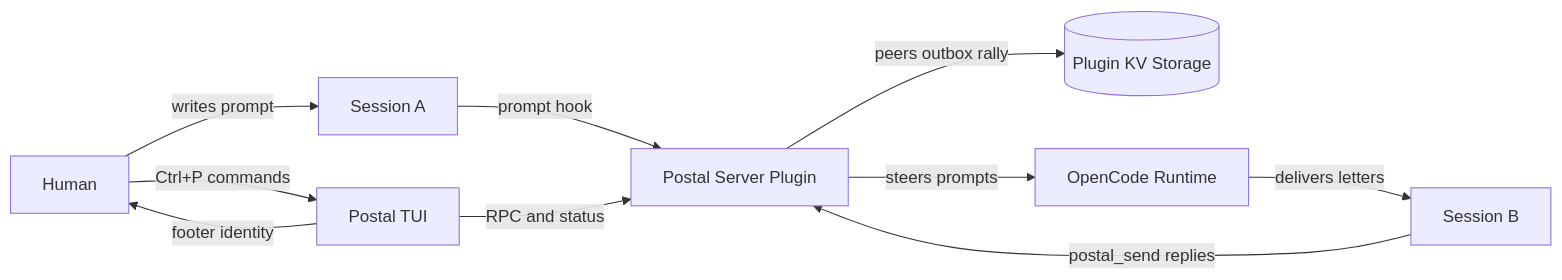
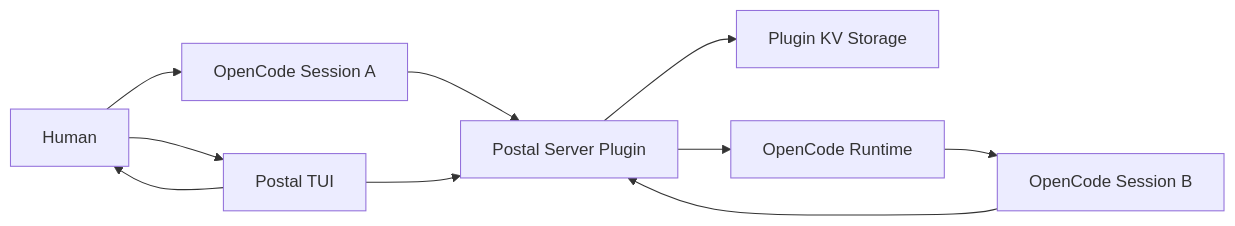
One commit to mizuirorivi/postal changed the diagram in .uigraph/diagrams/postal-system-context/postal-system-context.mmd. Above: the diagram before and after it, drawn with Mermaid. The commit also changed 1 other file, not shown here.

Commit message:
chore(uigraph): sync system context diagram

```diff
--- a/.uigraph/diagrams/postal-system-context/postal-system-context.mmd
+++ b/.uigraph/diagrams/postal-system-context/postal-system-context.mmd
@@ -1,10 +1,17 @@
 flowchart LR
-  human[Human] -->|writes prompt| session_a[Session A]
-  human -->|Ctrl+P commands| postal_tui[Postal TUI]
-  session_a -->|prompt hook| postal_server[Postal Server Plugin]
-  session_b[Session B] -->|postal_send replies| postal_server
-  postal_tui -->|RPC and status| postal_server
-  postal_server -->|peers outbox rally| kv[(Plugin KV Storage)]
-  postal_server -->|steers prompts| runtime[OpenCode Runtime]
-  runtime -->|delivers letters| session_b
-  postal_tui -->|footer identity| human
+human["Human"]
+session_a["OpenCode Session A"]
+postal_tui["Postal TUI"]
+postal_server["Postal Server Plugin"]
+session_b["OpenCode Session B"]
+kv["Plugin KV Storage"]
+runtime["OpenCode Runtime"]
+human --> session_a
+human --> postal_tui
+session_a --> postal_server
+session_b --> postal_server
+postal_tui --> postal_server
+postal_server --> kv
+postal_server --> runtime
+runtime --> session_b
+postal_tui --> human
```
